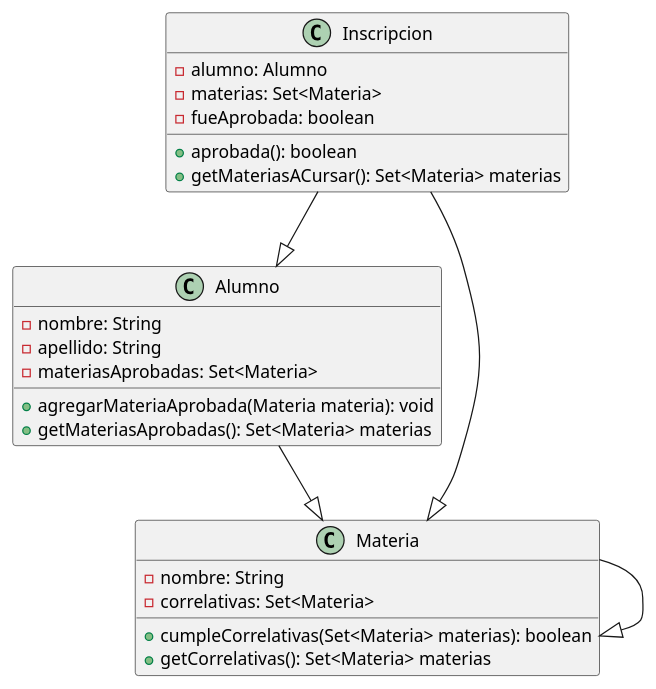
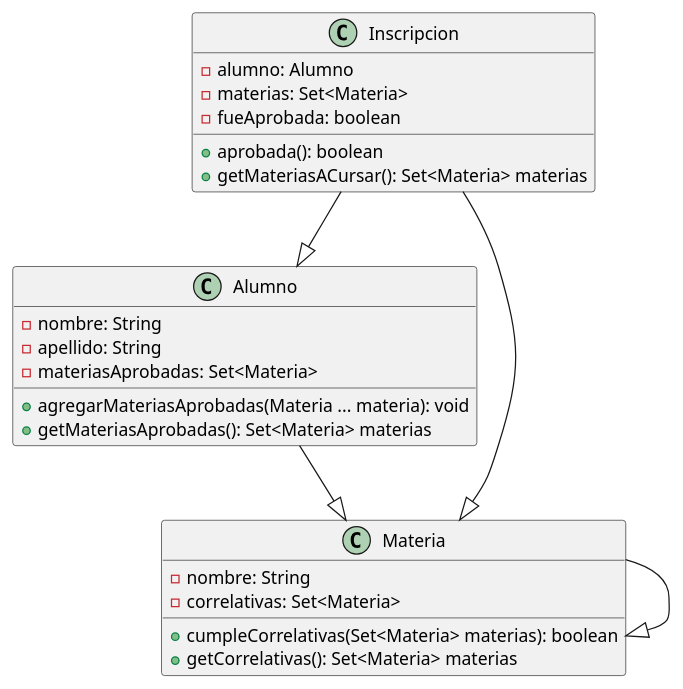
One commit to MarianelaBen/ValidadorCorrelativas changed the diagram in Diagrama.puml. Above: the diagram before and after it, drawn with PlantUML. The commit also changed 1 other file, not shown here.

Commit message:
simplifiqué el  método cumpleCorrelativas() de la clase Materia

```diff
--- a/Diagrama.puml
+++ b/Diagrama.puml
@@ -1,35 +1,35 @@
 @startuml
 class Inscripcion{
     - alumno: Alumno
     - materias: Set<Materia>
     - fueAprobada: boolean
 
     +aprobada(): boolean
     +getMateriasACursar(): Set<Materia> materias
 
 }
 
 class Alumno{
     - nombre: String
     - apellido: String
     - materiasAprobadas: Set<Materia>
 
-    + agregarMateriaAprobada(Materia materia): void
+    + agregarMateriasAprobadas(Materia ... materia): void
     + getMateriasAprobadas(): Set<Materia> materias
 
 }
 
 class Materia{
     - nombre: String
     - correlativas: Set<Materia>
 
     + cumpleCorrelativas(Set<Materia> materias): boolean
     + getCorrelativas(): Set<Materia> materias
 }
 
 Inscripcion --|> Alumno
 Inscripcion --|> Materia
 Alumno --|> Materia
 Materia --|> Materia
 
 @enduml
```
